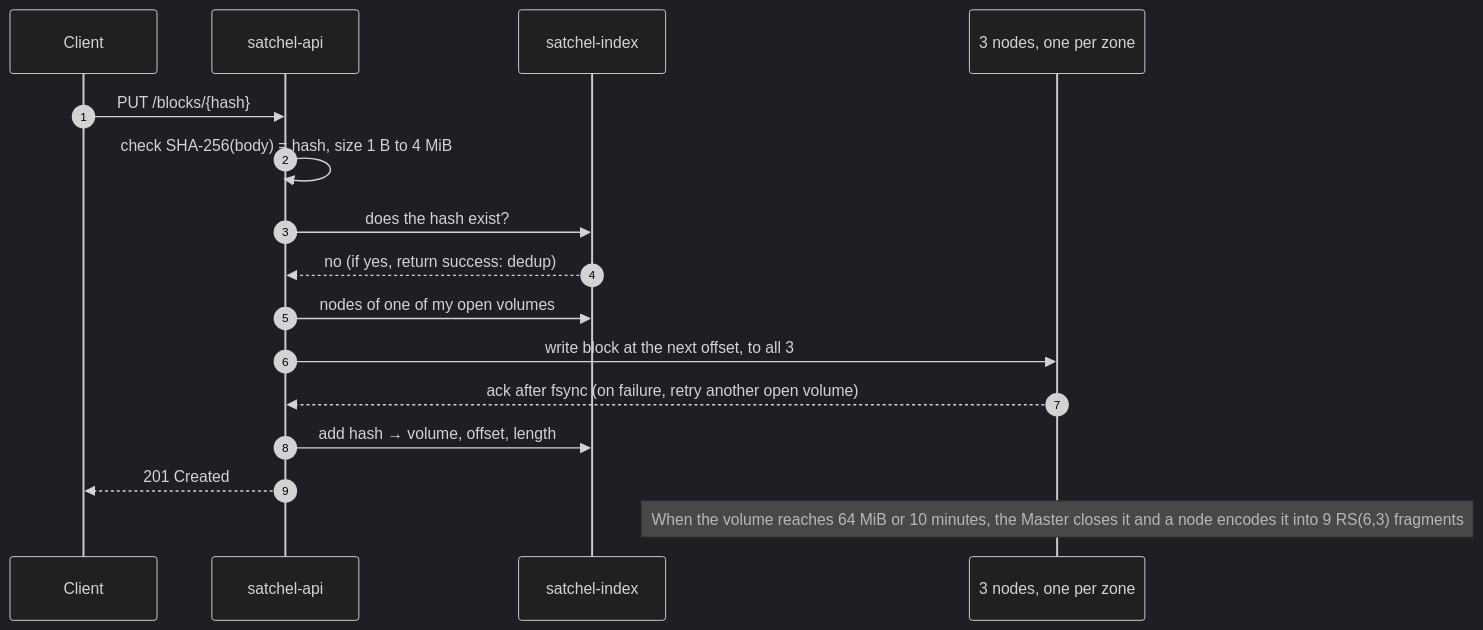
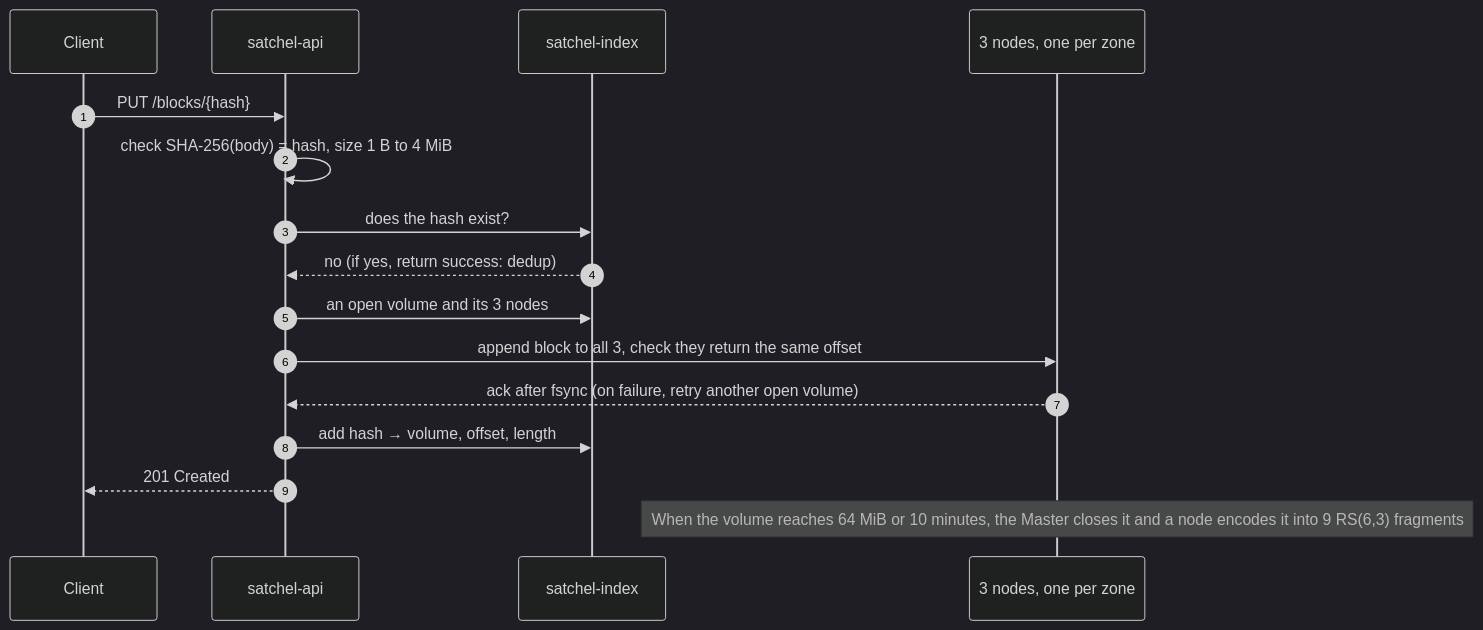
Before and after one commit to frectrium/Satchel: the fifth of 6 diagrams in docs/design/architecture.md, drawn with Mermaid (dark theme). The commit also changed other lines of this file, not shown here.

First line of the commit message:
docs(design): label the Satchel diagram for Compose and the demo

````diff
--- a/docs/design/architecture.md
+++ b/docs/design/architecture.md
@@ -156,18 +156,18 @@
 ```mermaid
 sequenceDiagram
     autonumber
     participant C as Client
     participant API as satchel-api
     participant IDX as satchel-index
     participant N as 3 nodes, one per zone
     C->>API: PUT /blocks/{hash}
     API->>API: check SHA-256(body) = hash, size 1 B to 4 MiB
     API->>IDX: does the hash exist?
     IDX-->>API: no (if yes, return success: dedup)
-    API->>IDX: nodes of one of my open volumes
-    API->>N: write block at the next offset, to all 3
+    API->>IDX: an open volume and its 3 nodes
+    API->>N: append block to all 3, check they return the same offset
     N-->>API: ack after fsync (on failure, retry another open volume)
     API->>IDX: add hash → volume, offset, length
     API-->>C: 201 Created
     Note over N: When the volume reaches 64 MiB or 10 minutes, the Master closes it and a node encodes it into 9 RS(6,3) fragments
 ```
````
